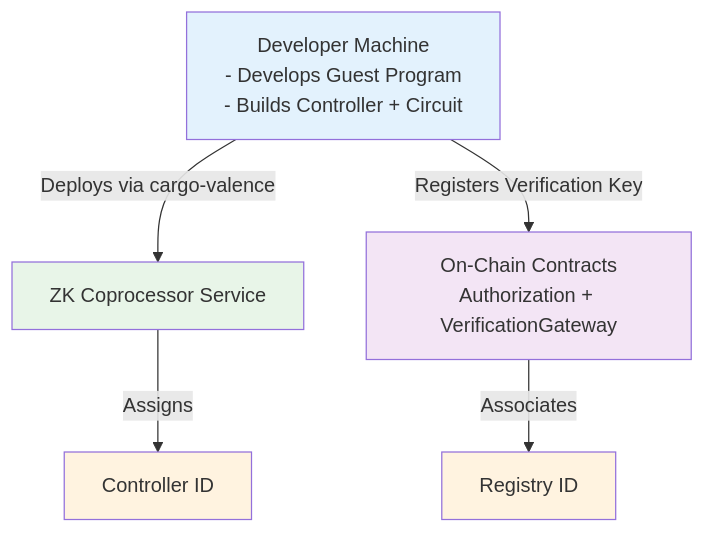
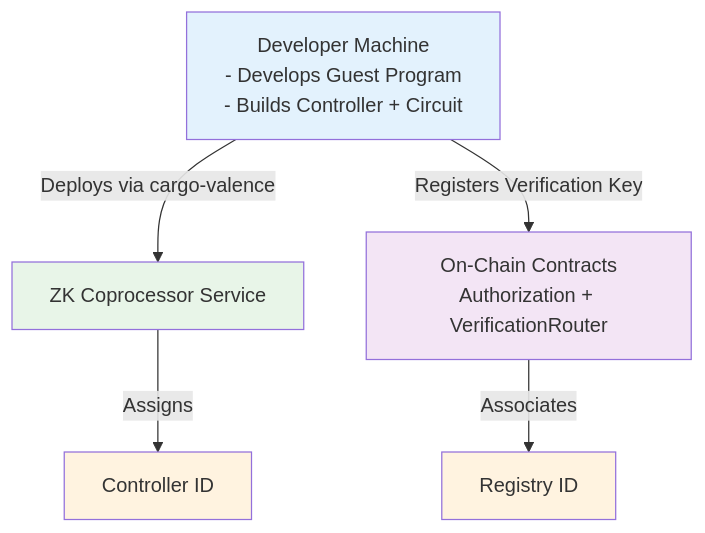
Before and after one commit to timewave-computer/valence-protocol: the first of 2 diagrams in docs/src/zk/01_system_overview.md, drawn with Mermaid. The commit also changed other lines of this file and 47 other files, not shown here.

Commit message:
refactor: zk authorization modifications and verification router + switch (#434)

````diff
--- a/docs/src/zk/01_system_overview.md
+++ b/docs/src/zk/01_system_overview.md
@@ -27,18 +27,18 @@
 ```mermaid
 graph TD
     Dev[Developer Machine<br/>- Develops Guest Program<br/>- Builds Controller + Circuit] -- Deploys via cargo-valence --> Coproc[ZK Coprocessor Service]
-    Dev -- Registers Verification Key --> OnChain[On-Chain Contracts<br/>Authorization + VerificationGateway]
+    Dev -- Registers Verification Key --> OnChain[On-Chain Contracts<br/>Authorization + VerificationRouter]
     
     Coproc -- Assigns --> CID[Controller ID]
     OnChain -- Associates --> RegID[Registry ID]
     
     classDef dev fill:#e3f2fd
     classDef onchain fill:#f3e5f5
     classDef service fill:#e8f5e8
     classDef data fill:#fff3e0
     
     class Dev dev
     class OnChain onchain
     class Coproc service
     class CID,RegID data
 ```
````
